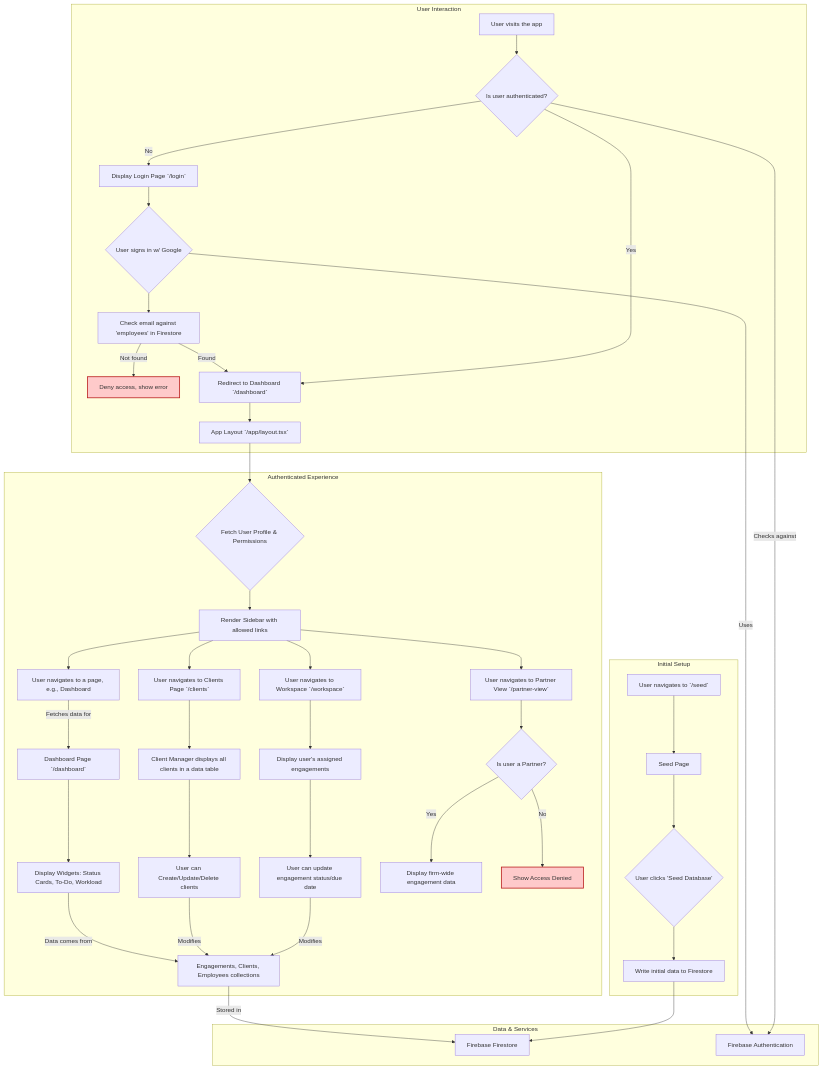
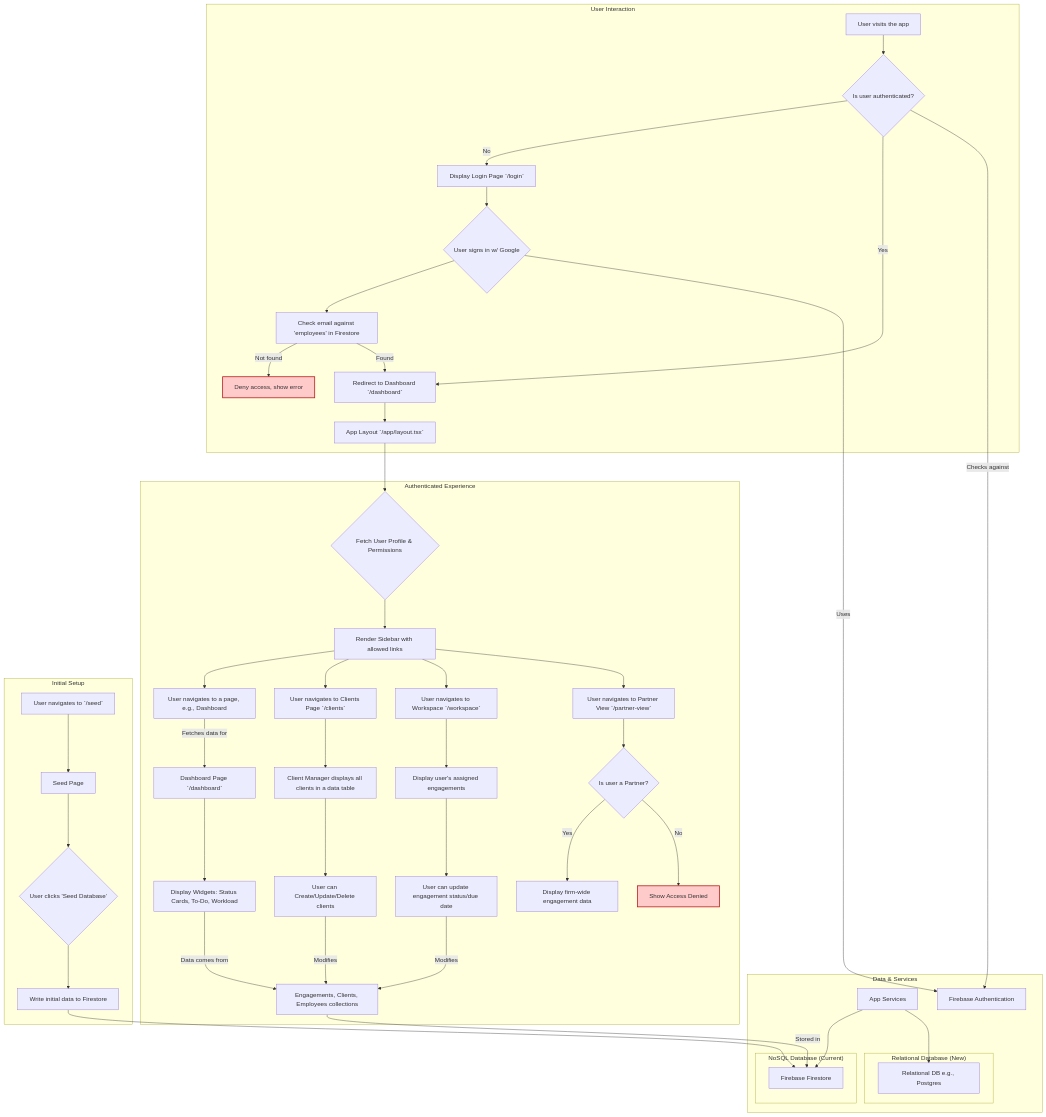
Before and after one commit to catonny/dmvcentral: the diagram in ARCHITECTURE.md, drawn with Mermaid.

Commit message:
studio-6332164499:~/studio{main}$ git log -1 commit 9b8a4f282d0140533f75

````diff
--- a/ARCHITECTURE.md
+++ b/ARCHITECTURE.md
@@ -8,59 +7,70 @@
 ```mermaid
 graph TD
     subgraph "User Interaction"
         A[User visits the app] --> B{Is user authenticated?};
         B -- No --> C[Display Login Page `/login`];
         C --> D{User signs in w/ Google};
         D --> E[Check email against 'employees' in Firestore];
         E -- Not found --> F[Deny access, show error];
         E -- Found --> G[Redirect to Dashboard `/dashboard`];
 
         B -- Yes --> G;
 
         G --> H[App Layout `/app/layout.tsx`];
     end
 
     subgraph "Authenticated Experience"
         H --> I{Fetch User Profile & Permissions};
         I --> J[Render Sidebar with allowed links];
         J --> K[User navigates to a page, e.g., Dashboard];
 
         K -- Fetches data for --> L[Dashboard Page `/dashboard`];
         L --> M[Display Widgets: Status Cards, To-Do, Workload];
         M -- Data comes from --> N[Engagements, Clients, Employees collections];
 
         J --> O[User navigates to Clients Page `/clients`];
         O --> P[Client Manager displays all clients in a data table];
         P --> Q[User can Create/Update/Delete clients];
         Q -- Modifies --> N;
 
         J --> R[User navigates to Workspace `/workspace`];
         R --> S[Display user's assigned engagements];
         S --> T[User can update engagement status/due date];
         T -- Modifies --> N;
 
         J --> U[User navigates to Partner View `/partner-view`];
         U --> V{Is user a Partner?};
         V -- Yes --> W[Display firm-wide engagement data];
         V -- No --> X[Show Access Denied];
     end
 
     subgraph "Data & Services"
-        Y[Firebase Firestore]
+        subgraph "NoSQL Database (Current)"
+            Y[Firebase Firestore]
+        end
+        subgraph "Relational Database (New)"
+            DB[Relational DB e.g., Postgres]
+        end
+
         N -- Stored in --> Y;
+        
+        SERVICES[App Services]
+        SERVICES --> Y
+        SERVICES --> DB
+
 
         Z[Firebase Authentication]
         D -- Uses --> Z;
         B -- Checks against --> Z;
     end
 
     subgraph "Initial Setup"
         SEED_LINK[User navigates to `/seed`] --> SEED_PAGE[Seed Page];
         SEED_PAGE --> SEED_ACTION{User clicks 'Seed Database'};
         SEED_ACTION --> SEED_LOGIC[Write initial data to Firestore];
         SEED_LOGIC --> Y;
     end
 
     style F fill:#fecaca,stroke:#b91c1c,stroke-width:2px
     style X fill:#fecaca,stroke:#b91c1c,stroke-width:2px
 ```
````
